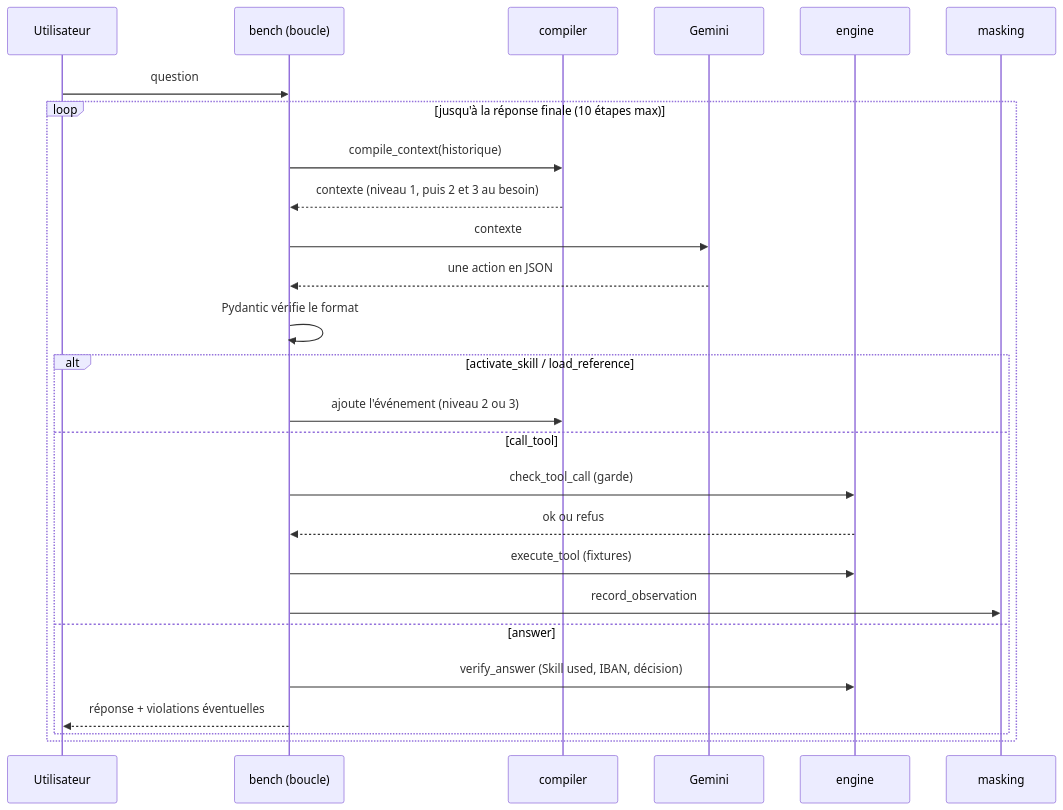
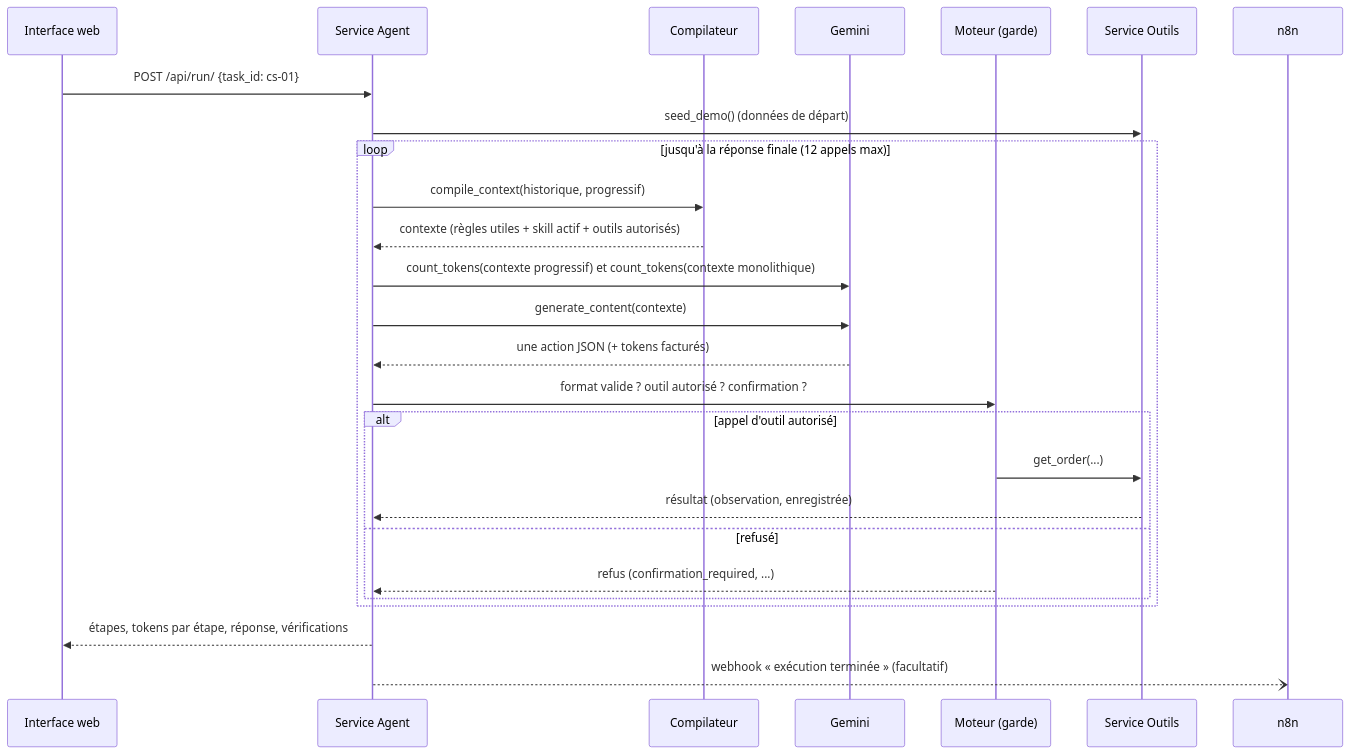
The second of 3 diagrams in docs/ARCHITECTURE.md (lajiliali2077-bit/SOA1-AGENTS), drawn with Mermaid before and after one commit. The commit also changed other lines of this file and 130 other files, not shown here.

````diff
--- a/docs/ARCHITECTURE.md
+++ b/docs/ARCHITECTURE.md
@@ -54,28 +61,27 @@
 ```mermaid
 sequenceDiagram
-    participant U as Utilisateur
-    participant B as bench (boucle)
-    participant C as compiler
-    participant IA as Gemini
-    participant E as engine
-    participant M as masking
-    U->>B: question
-    loop jusqu'à la réponse finale (10 étapes max)
-        B->>C: compile_context(historique)
-        C-->>B: contexte (niveau 1, puis 2 et 3 au besoin)
-        B->>IA: contexte
-        IA-->>B: une action en JSON
-        B->>B: Pydantic vérifie le format
-        alt activate_skill / load_reference
-            B->>C: ajoute l'événement (niveau 2 ou 3)
-        else call_tool
-            B->>E: check_tool_call (garde)
-            E-->>B: ok ou refus
-            B->>E: execute_tool (fixtures)
-            B->>M: record_observation
-        else answer
-            B->>E: verify_answer (Skill used, IBAN, décision)
-            B-->>U: réponse + violations éventuelles
+    participant U as Interface web
+    participant A as Service Agent
+    participant C as Compilateur
+    participant G as Gemini
+    participant M as Moteur (garde)
+    participant O as Service Outils
+    U->>A: POST /api/run/ {task_id: cs-01}
+    A->>O: seed_demo() (données de départ)
+    loop jusqu'à la réponse finale (12 appels max)
+        A->>C: compile_context(historique, progressif)
+        C-->>A: contexte (règles utiles + skill actif + outils autorisés)
+        A->>G: count_tokens(contexte progressif) et count_tokens(contexte monolithique)
+        A->>G: generate_content(contexte)
+        G-->>A: une action JSON (+ tokens facturés)
+        A->>M: format valide ? outil autorisé ? confirmation ?
+        alt appel d'outil autorisé
+            M->>O: get_order(...)
+            O-->>A: résultat (observation, enregistrée)
+        else refusé
+            M-->>A: refus (confirmation_required, ...)
         end
     end
+    A-->>U: étapes, tokens par étape, réponse, vérifications
+    A--)n8n: webhook « exécution terminée » (facultatif)
 ```
````
